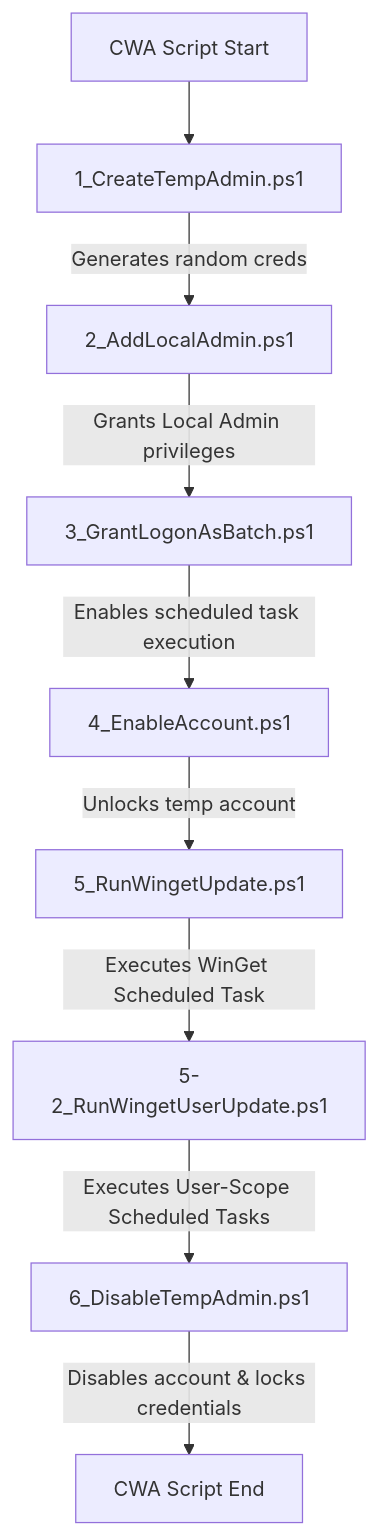
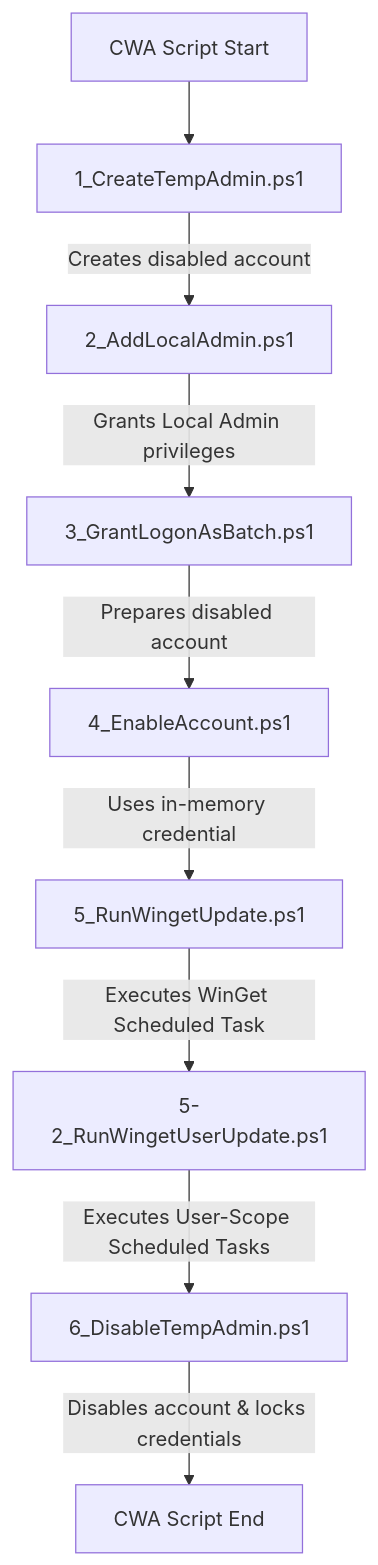
Before and after one commit to arumes31/cw-winget: the diagram in README.md, drawn with Mermaid. The commit also changed other lines of this file and 22 other files, not shown here.

````diff
--- a/README.md
+++ b/README.md
@@ -46,11 +45,11 @@
 ```mermaid
 graph TD
     A[CWA Script Start] --> B[1_CreateTempAdmin.ps1]
-    B -->|Generates random creds| C[2_AddLocalAdmin.ps1]
+    B -->|Creates disabled account| C[2_AddLocalAdmin.ps1]
     C -->|Grants Local Admin privileges| D[3_GrantLogonAsBatch.ps1]
-    D -->|Enables scheduled task execution| E[4_EnableAccount.ps1]
-    E -->|Unlocks temp account| F[5_RunWingetUpdate.ps1]
+    D -->|Prepares disabled account| E[4_EnableAccount.ps1]
+    E -->|Uses in-memory credential| F[5_RunWingetUpdate.ps1]
     F -->|Executes WinGet Scheduled Task| G[5-2_RunWingetUserUpdate.ps1]
     G -->|Executes User-Scope Scheduled Tasks| H[6_DisableTempAdmin.ps1]
     H -->|Disables account & locks credentials| I[CWA Script End]
 ```
````
